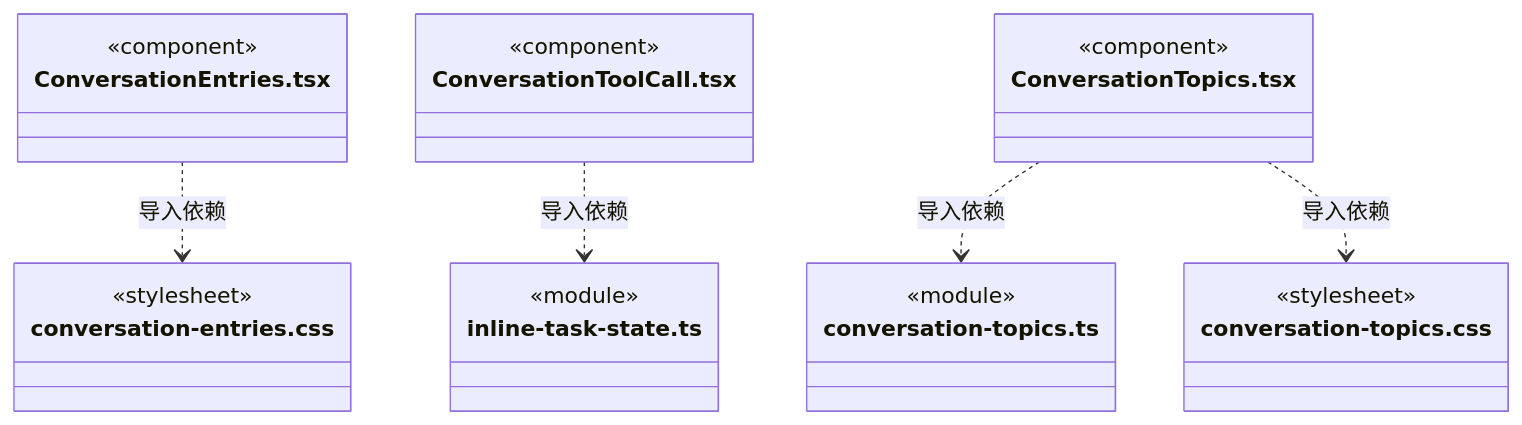
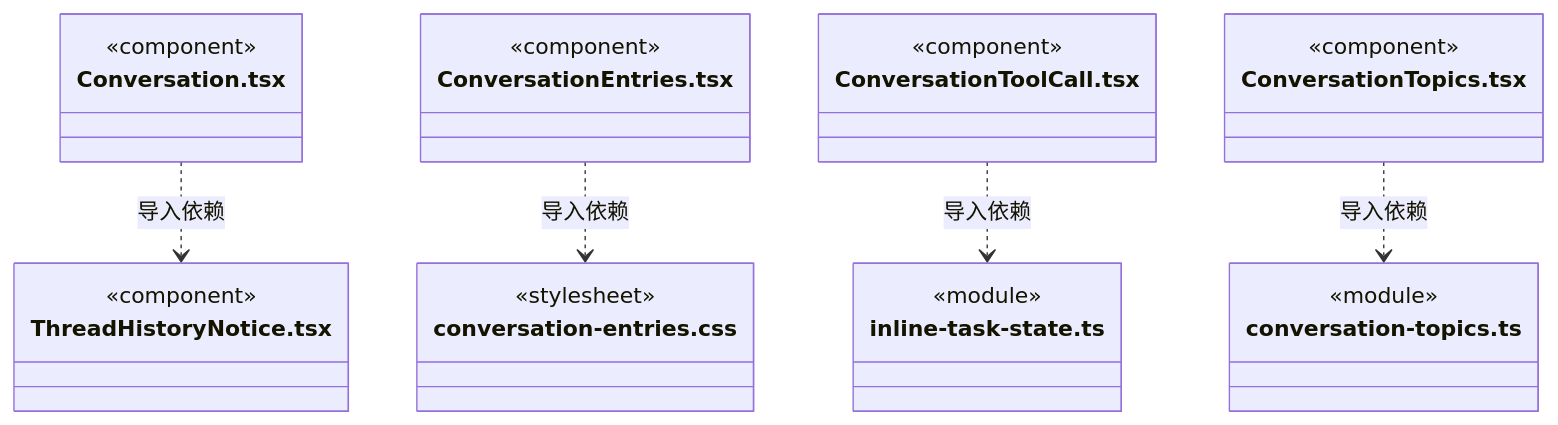
One commit to nan023062/cbim changed diagram 48 of 53 in src/view/conversation/ARCHITECTURE.md. Above: the diagram before and after it, drawn with Mermaid. The commit also changed other lines of this file and 37 other files, not shown here.

````diff
--- a/src/view/conversation/ARCHITECTURE.md
+++ b/src/view/conversation/ARCHITECTURE.md
@@ -715,28 +738,31 @@
 ```mermaid
 classDiagram
+class N_src_view_conversation_Conversation_tsx["Conversation.tsx"] {
+  <<component>>
+}
+class N_src_view_conversation_ThreadHistoryNotice_tsx["ThreadHistoryNotice.tsx"] {
+  <<component>>
+}
 class N_src_view_conversation_ConversationEntries_tsx["ConversationEntries.tsx"] {
   <<component>>
 }
 class N_src_view_conversation_conversation_entries_css["conversation-entries.css"] {
   <<stylesheet>>
 }
 class N_src_view_conversation_ConversationToolCall_tsx["ConversationToolCall.tsx"] {
   <<component>>
 }
 class N_src_view_conversation_inline_task_state_ts["inline-task-state.ts"] {
   <<module>>
 }
 class N_src_view_conversation_ConversationTopics_tsx["ConversationTopics.tsx"] {
   <<component>>
 }
 class N_src_view_conversation_conversation_topics_ts["conversation-topics.ts"] {
   <<module>>
 }
-class N_src_view_conversation_conversation_topics_css["conversation-topics.css"] {
-  <<stylesheet>>
-}
+N_src_view_conversation_Conversation_tsx ..> N_src_view_conversation_ThreadHistoryNotice_tsx : 导入依赖
 N_src_view_conversation_ConversationEntries_tsx ..> N_src_view_conversation_conversation_entries_css : 导入依赖
 N_src_view_conversation_ConversationToolCall_tsx ..> N_src_view_conversation_inline_task_state_ts : 导入依赖
 N_src_view_conversation_ConversationTopics_tsx ..> N_src_view_conversation_conversation_topics_ts : 导入依赖
-N_src_view_conversation_ConversationTopics_tsx ..> N_src_view_conversation_conversation_topics_css : 导入依赖
 ```
````
